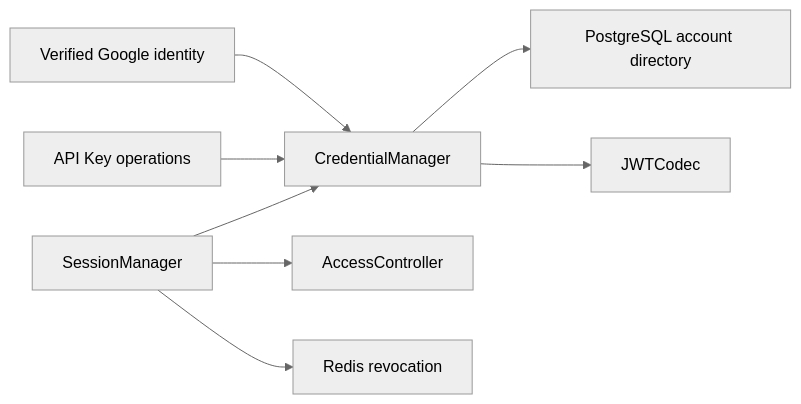
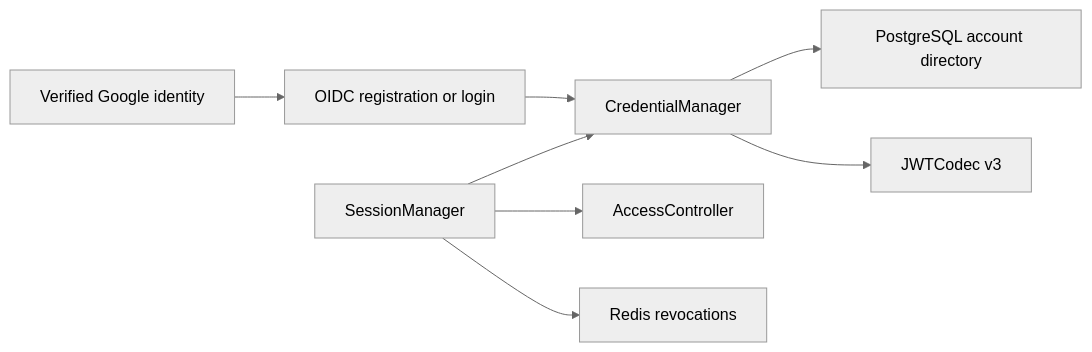
Before and after one commit to useryege/athena-o: the diagram in docs/design/identity-access/account-credentials.md, drawn with Mermaid (neutral theme). The commit also changed other lines of this file and 105 other files, not shown here.

````diff
--- a/docs/design/identity-access/account-credentials.md
+++ b/docs/design/identity-access/account-credentials.md
@@ -33,10 +34,10 @@
 ```mermaid
 flowchart LR
-    G["Verified Google identity"] --> M["CredentialManager"]
+    G["Verified Google identity"] --> O["OIDC registration or login"]
+    O --> M["CredentialManager"]
     M --> D["PostgreSQL account directory"]
-    M --> J["JWTCodec"]
-    K["API Key operations"] --> M
+    M --> J["JWTCodec v3"]
     S["SessionManager"] --> M
     S --> A["AccessController"]
-    S --> R["Redis revocation"]
+    S --> R["Redis revocations"]
 ```
````
